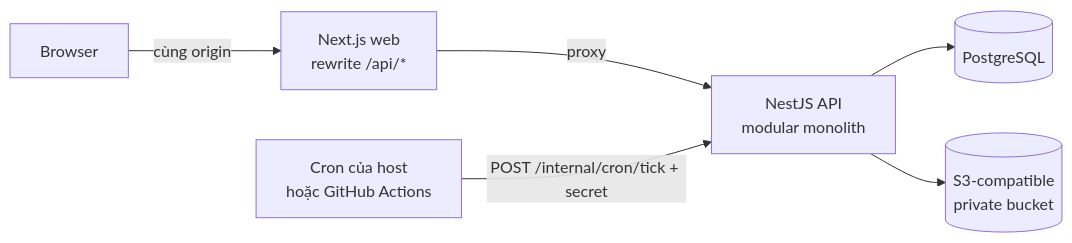
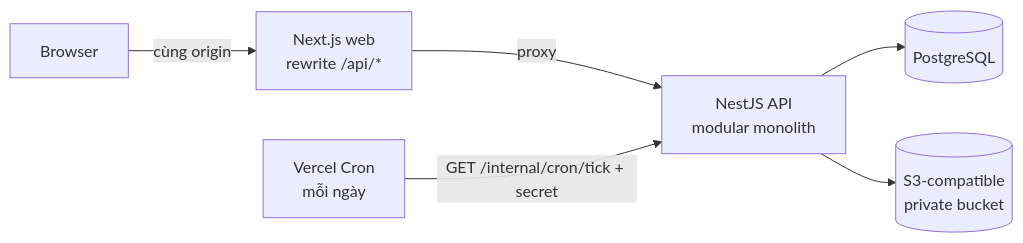
Before and after one commit to tiennguyen1403/joinpath: the third of 3 diagrams in docs/PLAN.md, drawn with Mermaid. The commit also changed other lines of this file and 20 other files, not shown here.

````diff
--- a/docs/PLAN.md
+++ b/docs/PLAN.md
@@ -405,8 +406,8 @@
 ```mermaid
 flowchart LR
     B[Browser] -->|cùng origin| W["Next.js web<br/>rewrite /api/*"]
     W -->|proxy| API["NestJS API<br/>modular monolith"]
     API --> DB[(PostgreSQL)]
     API --> S3[("S3-compatible<br/>private bucket")]
-    CRON["Cron của host<br/>hoặc GitHub Actions"] -->|"POST /internal/cron/tick + secret"| API
+    CRON["Vercel Cron<br/>mỗi ngày"] -->|"GET /internal/cron/tick + secret"| API
 ```
````
